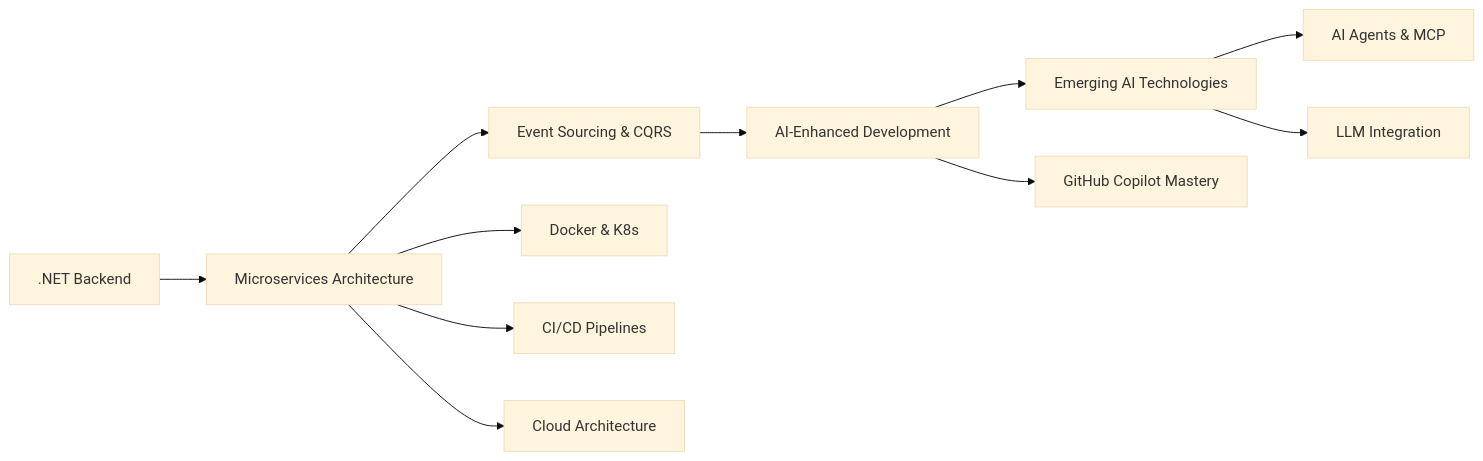
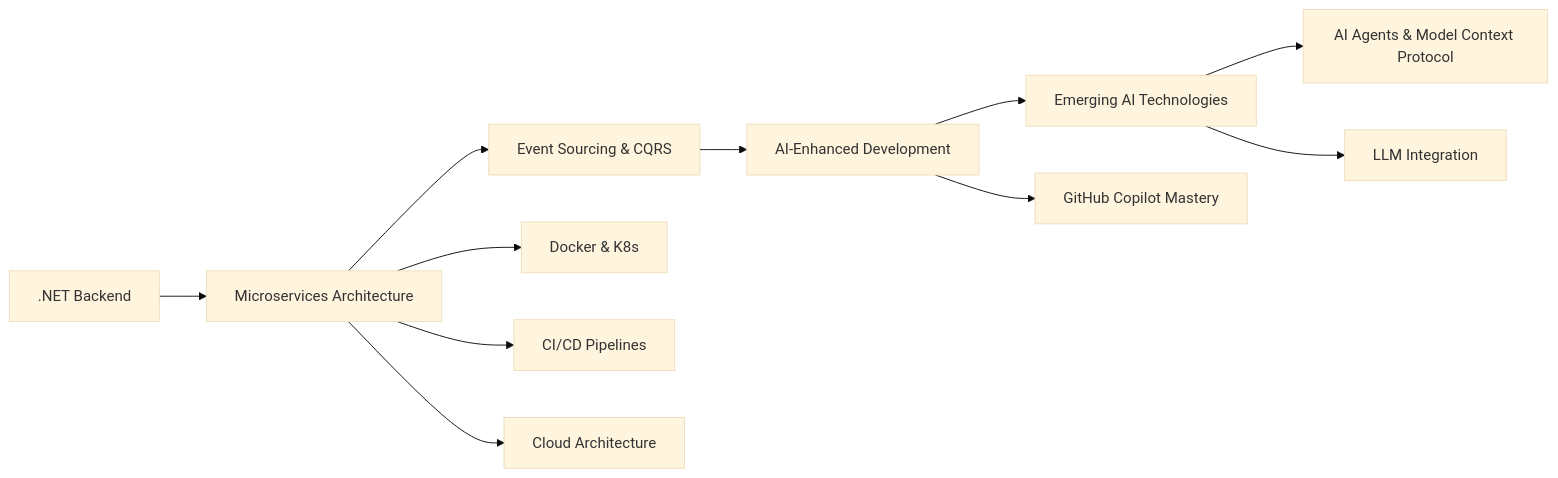
One commit to FaysilAlshareef/FaysilAlshareef changed the diagram in README.md. Above: the diagram before and after it, drawn with Mermaid (base theme). The commit also changed other lines of this file, not shown here.

````diff
--- a/README.md
+++ b/README.md
@@ -150,15 +150,15 @@
 ```mermaid
 graph LR
     A[.NET Backend] --> B[Microservices Architecture]
     B --> C[Event Sourcing & CQRS]
     C --> D[AI-Enhanced Development]
     D --> E[Emerging AI Technologies]
     
     B --> F[Docker & K8s]
     B --> G[CI/CD Pipelines]
     B --> H[Cloud Architecture]
     
     D --> I[GitHub Copilot Mastery]
-    E --> J[AI Agents & MCP]
+    E --> J[AI Agents & Model Context Protocol]
     E --> K[LLM Integration]
 ```
````
